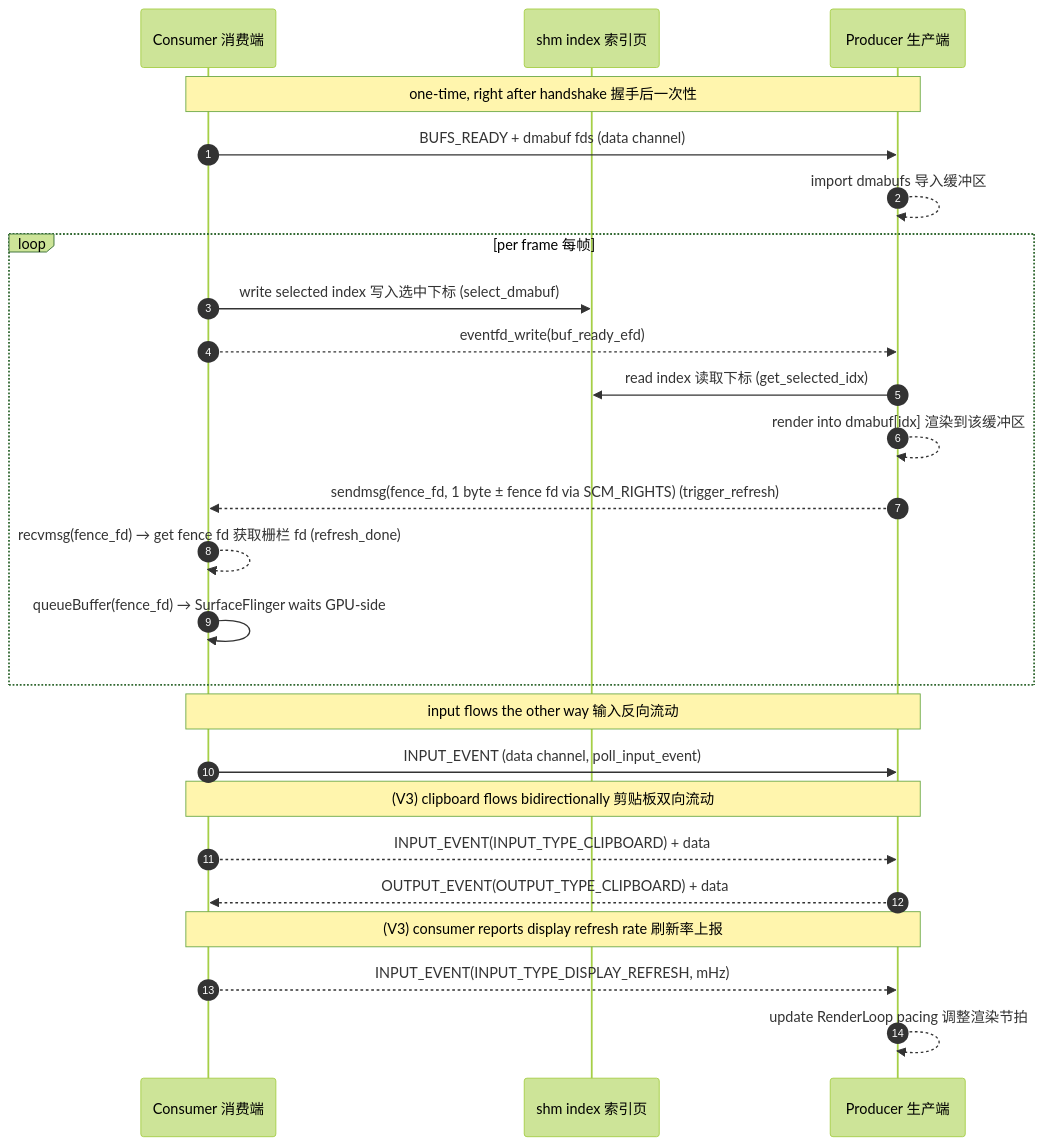
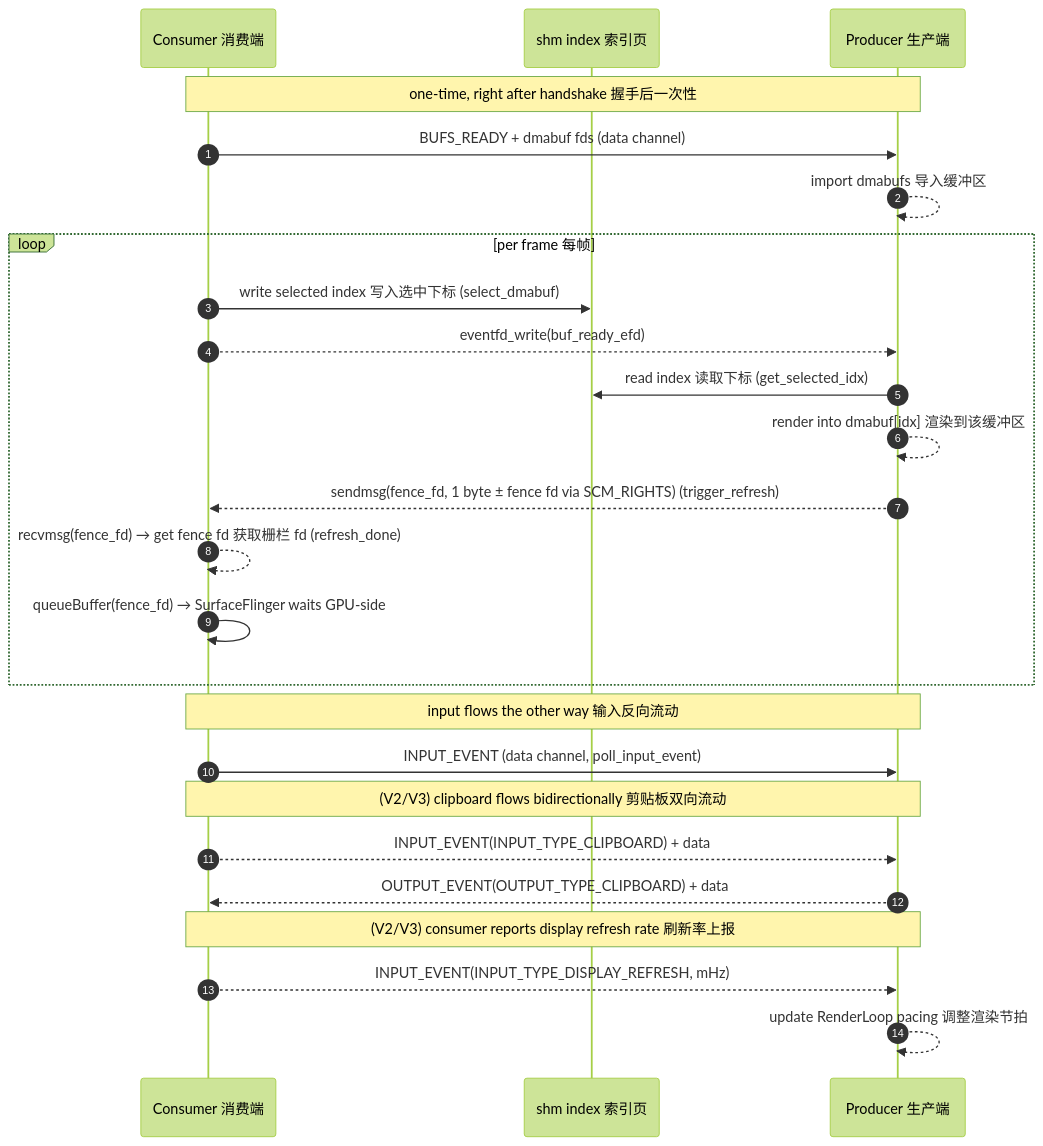
Before and after one commit to dinhmaiphuong2025/anland: the second of 4 diagrams in README_v3.md, drawn with Mermaid (forest theme). The commit also changed other lines of this file, not shown here.

````diff
--- a/README_v3.md
+++ b/README_v3.md
@@ -261,32 +261,32 @@
 ```mermaid
 sequenceDiagram
     autonumber
     participant C as Consumer 消费端
     participant SHM as shm index 索引页
     participant P as Producer 生产端
 
     Note over C,P: one‑time, right after handshake 握手后一次性
     C->>P: BUFS_READY + dmabuf fds (data channel)
     P-->>P: import dmabufs 导入缓冲区
 
     loop per frame 每帧
         C->>SHM: write selected index 写入选中下标 (select_dmabuf)
         C-->>P: eventfd_write(buf_ready_efd)
         P->>SHM: read index 读取下标 (get_selected_idx)
         P-->>P: render into dmabuf[idx] 渲染到该缓冲区
         P-->>C: sendmsg(fence_fd, 1 byte ± fence fd via SCM_RIGHTS)  (trigger_refresh)
         C-->>C: recvmsg(fence_fd) → get fence fd 获取栅栏 fd (refresh_done)
         C->>C: queueBuffer(fence_fd) → SurfaceFlinger waits GPU-side
     end
 
     Note over C,P: input flows the other way 输入反向流动
     C->>P: INPUT_EVENT (data channel, poll_input_event)
 
-    Note over C,P: (V3) clipboard flows bidirectionally 剪贴板双向流动
+    Note over C,P: (V2/V3) clipboard flows bidirectionally 剪贴板双向流动
     C-->>P: INPUT_EVENT(INPUT_TYPE_CLIPBOARD) + data
     P-->>C: OUTPUT_EVENT(OUTPUT_TYPE_CLIPBOARD) + data
 
-    Note over C,P: (V3) consumer reports display refresh rate 刷新率上报
+    Note over C,P: (V2/V3) consumer reports display refresh rate 刷新率上报
     C-->>P: INPUT_EVENT(INPUT_TYPE_DISPLAY_REFRESH, mHz)
     P-->>P: update RenderLoop pacing 调整渲染节拍
 ```
````
